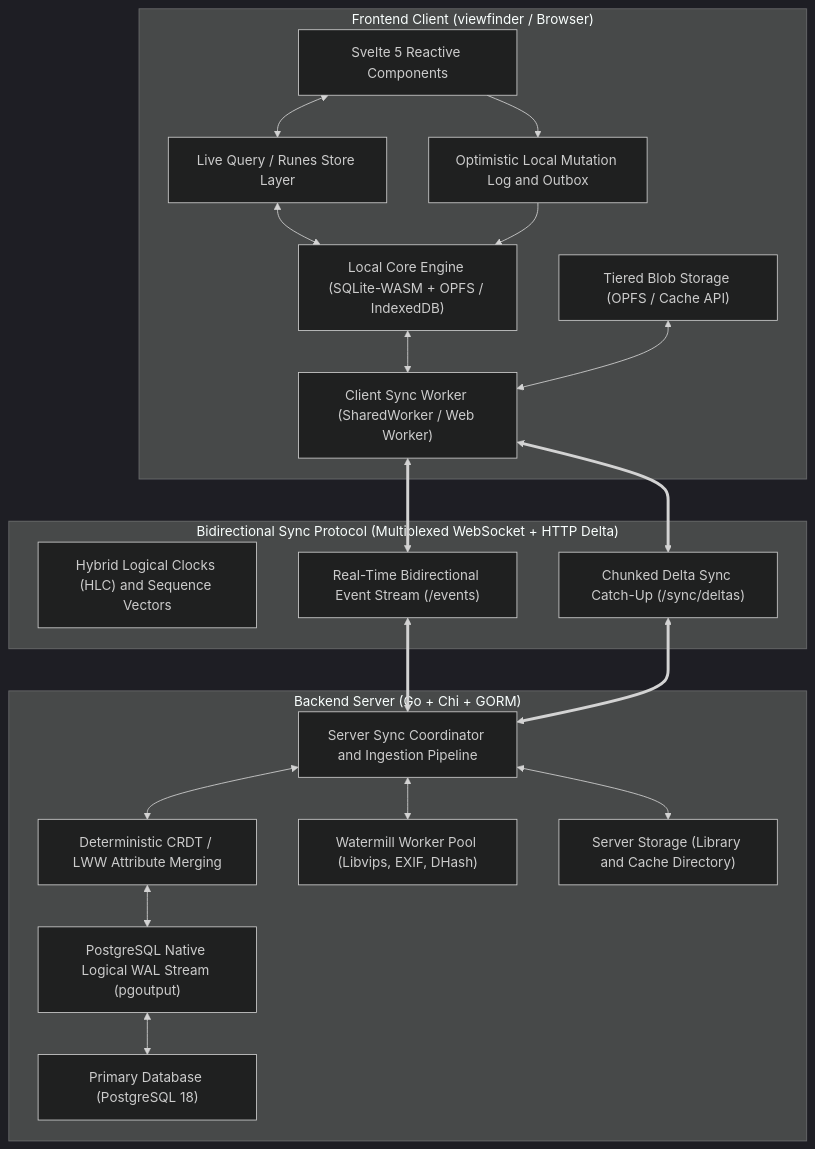
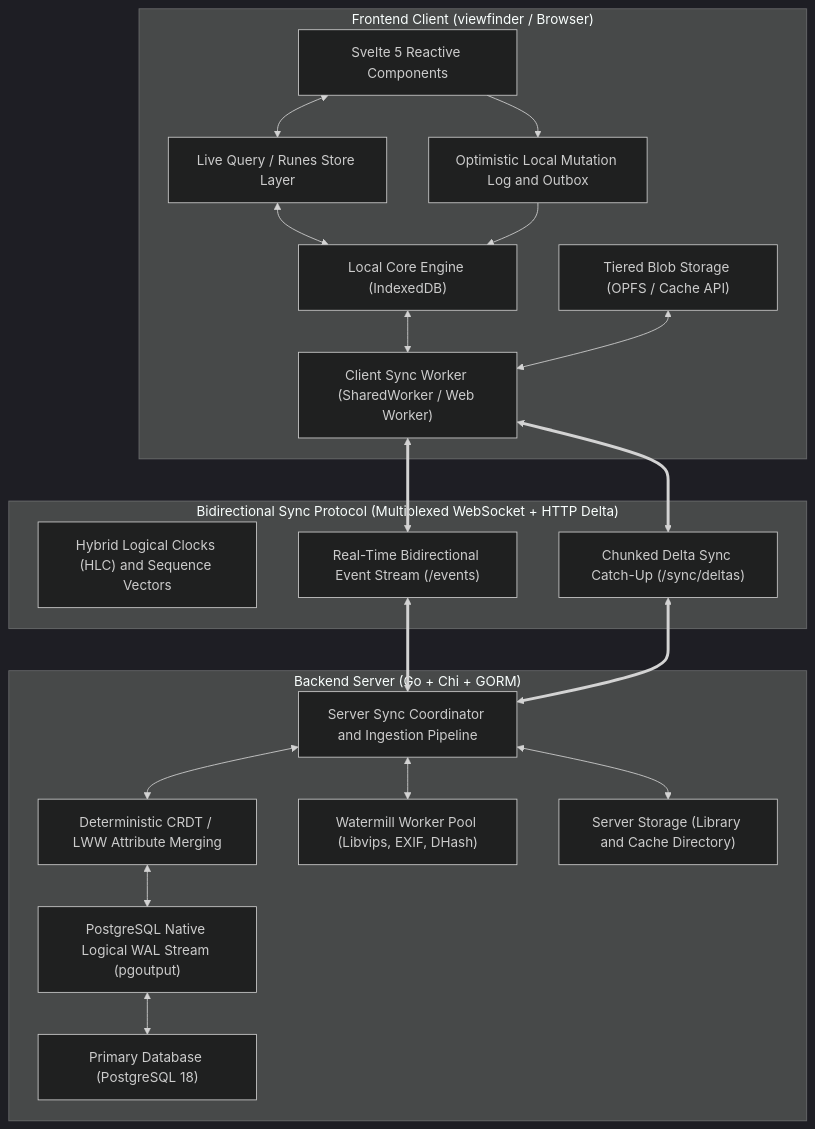
Before and after one commit to garvageart/viz: the first of 3 diagrams in docs/architecture/SYNC_ENGINE.md, drawn with Mermaid (dark theme). The commit also changed other lines of this file, not shown here.

First line of the commit message:
docs(architecture): update sync engine client storage specification to IndexedDB

````diff
--- a/docs/architecture/SYNC_ENGINE.md
+++ b/docs/architecture/SYNC_ENGINE.md
@@ -20,45 +20,45 @@
 ```mermaid
 flowchart TB
     subgraph UI_Client ["Frontend Client (viewfinder / Browser)"]
         UI["Svelte 5 Reactive Components"]
         LiveQ["Live Query / Runes Store Layer"]
-        LocalEngine["Local Core Engine (SQLite-WASM + OPFS / IndexedDB)"]
+        LocalEngine["Local Core Engine (IndexedDB)"]
         MutQueue["Optimistic Local Mutation Log and Outbox"]
         BlobStore["Tiered Blob Storage (OPFS / Cache API)"]
         SyncWorker["Client Sync Worker (SharedWorker / Web Worker)"]
     end
 
     subgraph Sync_Protocol ["Bidirectional Sync Protocol (Multiplexed WebSocket + HTTP Delta)"]
         HLC["Hybrid Logical Clocks (HLC) and Sequence Vectors"]
         WSChannel["Real-Time Bidirectional Event Stream (/events)"]
         DeltaSync["Chunked Delta Sync Catch-Up (/sync/deltas)"]
     end
 
     subgraph Backend_Server ["Backend Server (Go + Chi + GORM)"]
         ServerEngine["Server Sync Coordinator and Ingestion Pipeline"]
         WAL["PostgreSQL Native Logical WAL Stream (pgoutput)"]
         ConflictResolver["Deterministic CRDT / LWW Attribute Merging"]
         PG["Primary Database (PostgreSQL 18)"]
         WorkerPool["Watermill Worker Pool (Libvips, EXIF, DHash)"]
         DiskStore["Server Storage (Library and Cache Directory)"]
     end
 
     UI <--> LiveQ
     LiveQ <--> LocalEngine
     UI --> MutQueue
     MutQueue --> LocalEngine
     LocalEngine <--> SyncWorker
     BlobStore <--> SyncWorker
 
     SyncWorker <==> WSChannel
     SyncWorker <==> DeltaSync
 
     WSChannel <==> ServerEngine
     DeltaSync <==> ServerEngine
 
     ServerEngine <--> ConflictResolver
     ConflictResolver <--> WAL
     WAL <--> PG
     ServerEngine <--> DiskStore
     ServerEngine <--> WorkerPool
 ```
````
